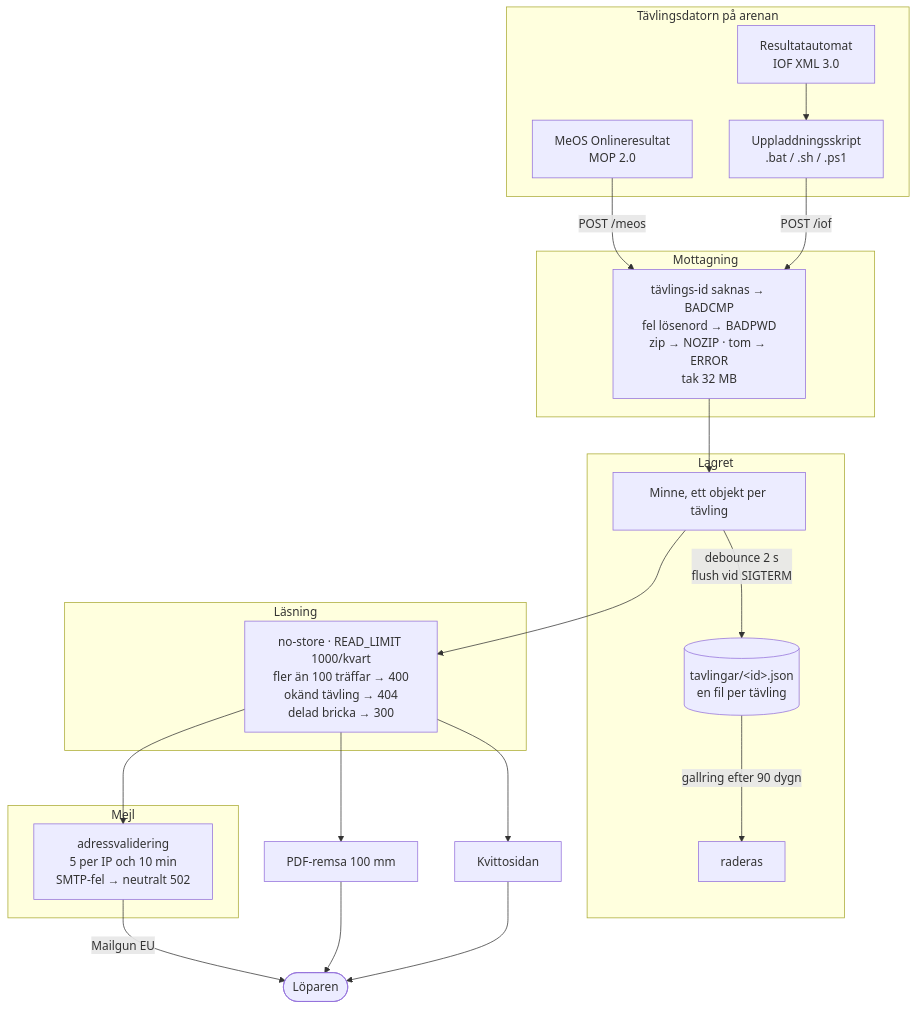
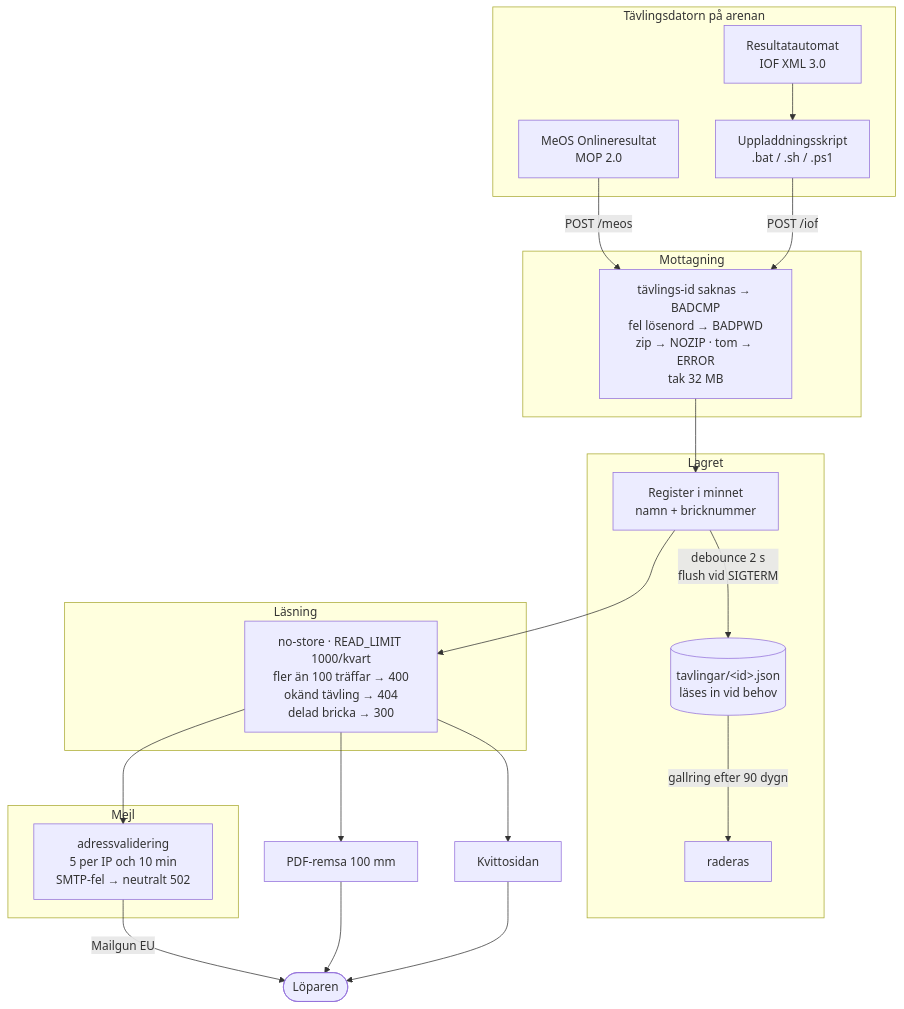
The first of 3 diagrams in docs/systemritning.md (mattias242/meos-receipt), drawn with Mermaid before and after one commit. The commit also changed 8 other files, not shown here.

````diff
--- a/docs/systemritning.md
+++ b/docs/systemritning.md
@@ -12,43 +12,43 @@
 ```mermaid
 flowchart TB
   subgraph DATOR["Tävlingsdatorn på arenan"]
     MEOS["MeOS Onlineresultat<br/>MOP 2.0"]
     AUTO["Resultatautomat<br/>IOF XML 3.0"]
     SKRIPT["Uppladdningsskript<br/>.bat / .sh / .ps1"]
   end
 
   AUTO --> SKRIPT
   MEOS -->|"POST /meos"| G1
   SKRIPT -->|"POST /iof"| G1
 
   subgraph MOTTAG["Mottagning"]
     G1["tävlings-id saknas → BADCMP<br/>fel lösenord → BADPWD<br/>zip → NOZIP · tom → ERROR<br/>tak 32 MB"]
   end
 
   G1 --> STORE
 
   subgraph LAGER["Lagret"]
-    STORE["Minne, ett objekt per tävling"]
-    DISK[("tavlingar/&lt;id&gt;.json<br/>en fil per tävling")]
+    STORE["Register i minnet<br/>namn + bricknummer"]
+    DISK[("tavlingar/&lt;id&gt;.json<br/>läses in vid behov")]
     STORE -->|"debounce 2 s<br/>flush vid SIGTERM"| DISK
     DISK -->|"gallring efter 90 dygn"| BORT["raderas"]
   end
 
   STORE --> G2
 
   subgraph LAS["Läsning"]
     G2["no-store · READ_LIMIT 1000/kvart<br/>fler än 100 träffar → 400<br/>okänd tävling → 404<br/>delad bricka → 300"]
   end
 
   G2 --> SIDA["Kvittosidan"]
   G2 --> PDF["PDF-remsa 100 mm"]
   G2 --> MEJL
 
   subgraph UTSKICK["Mejl"]
     MEJL["adressvalidering<br/>5 per IP och 10 min<br/>SMTP-fel → neutralt 502"]
   end
 
   SIDA --> LOPARE(["Löparen"])
   PDF --> LOPARE
   MEJL -->|"Mailgun EU"| LOPARE
 ```
````
